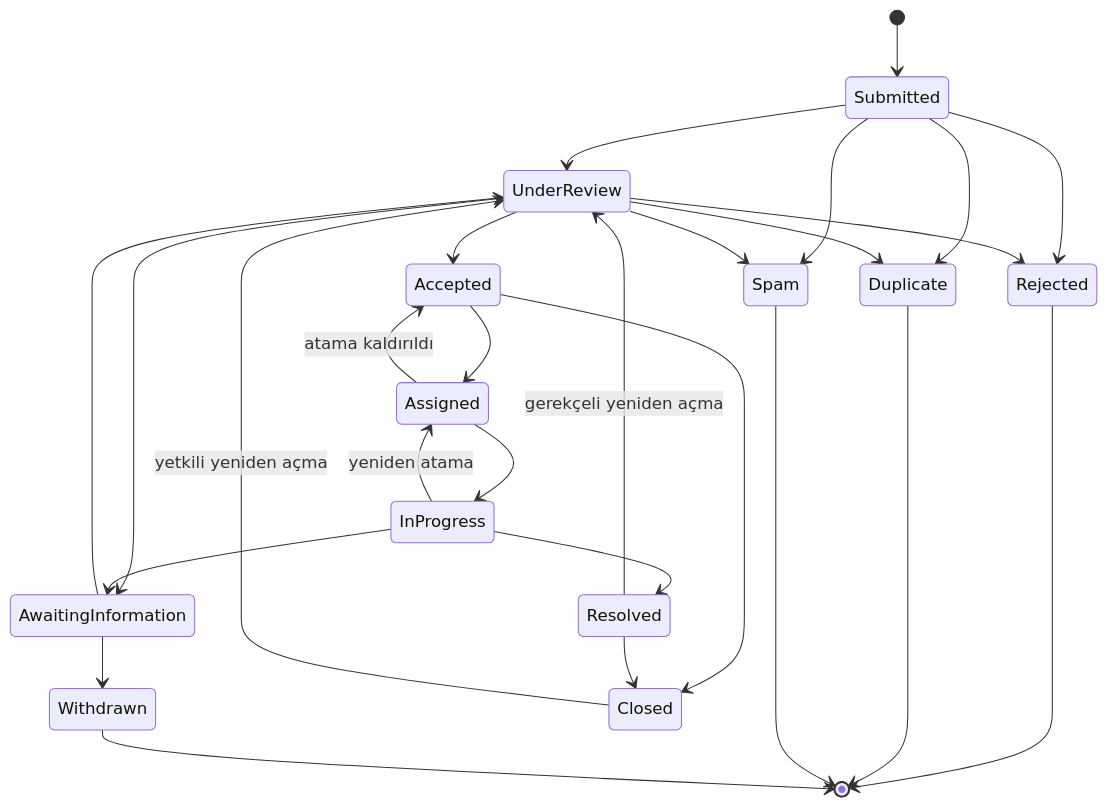
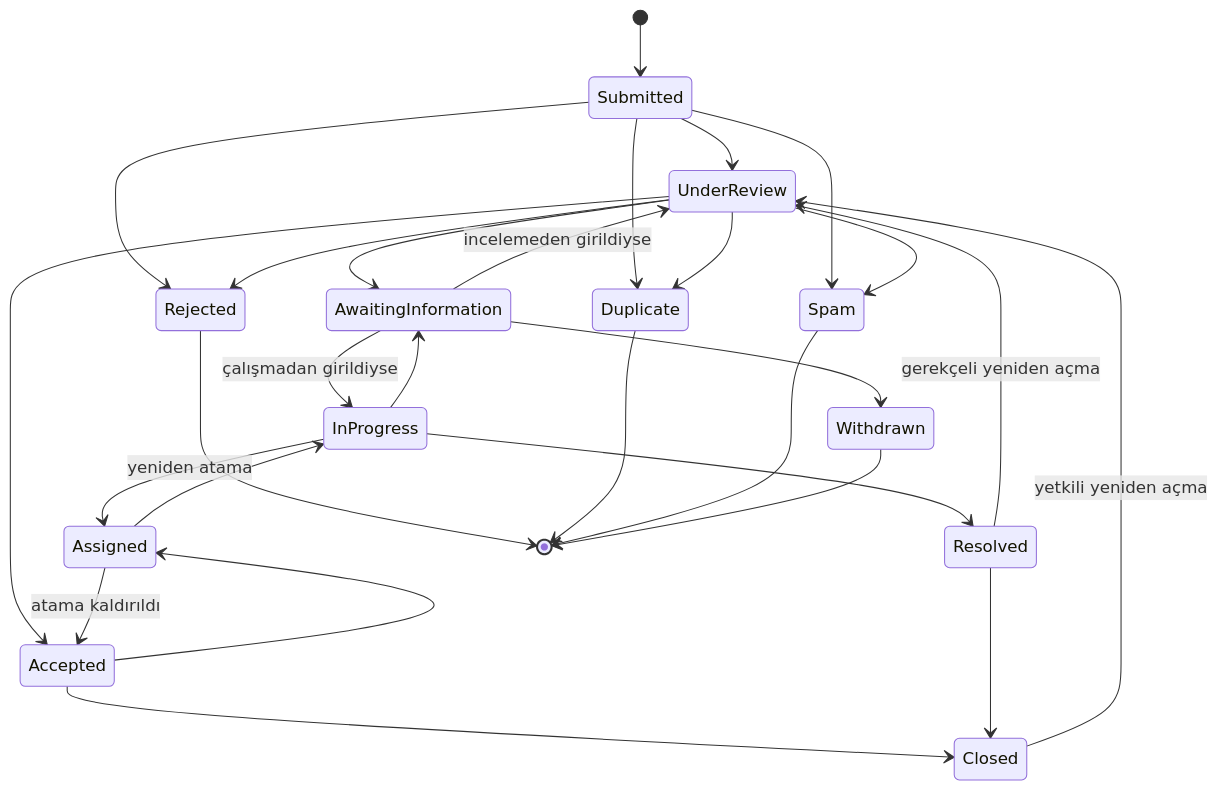
One commit to kaancivelek/sokagimdakisorun changed the second of 3 diagrams in docs/DOMAIN_MODEL.md. Above: the diagram before and after it, drawn with Mermaid. The commit also changed other lines of this file and 5 other files, not shown here.

````diff
--- a/docs/DOMAIN_MODEL.md
+++ b/docs/DOMAIN_MODEL.md
@@ -178,37 +178,38 @@
 ```mermaid
 stateDiagram-v2
   [*] --> Submitted
   Submitted --> UnderReview
   Submitted --> Rejected
   Submitted --> Duplicate
   Submitted --> Spam
 
   UnderReview --> AwaitingInformation
   UnderReview --> Accepted
   UnderReview --> Rejected
   UnderReview --> Duplicate
   UnderReview --> Spam
 
-  AwaitingInformation --> UnderReview
+  AwaitingInformation --> UnderReview: incelemeden girildiyse
+  AwaitingInformation --> InProgress: çalışmadan girildiyse
   AwaitingInformation --> Withdrawn
 
   Accepted --> Assigned
   Accepted --> Closed
 
   Assigned --> InProgress
   Assigned --> Accepted: atama kaldırıldı
 
   InProgress --> Resolved
   InProgress --> AwaitingInformation
   InProgress --> Assigned: yeniden atama
 
   Resolved --> Closed
   Resolved --> UnderReview: gerekçeli yeniden açma
 
   Closed --> UnderReview: yetkili yeniden açma
 
   Rejected --> [*]
   Duplicate --> [*]
   Spam --> [*]
   Withdrawn --> [*]
 ```
````
